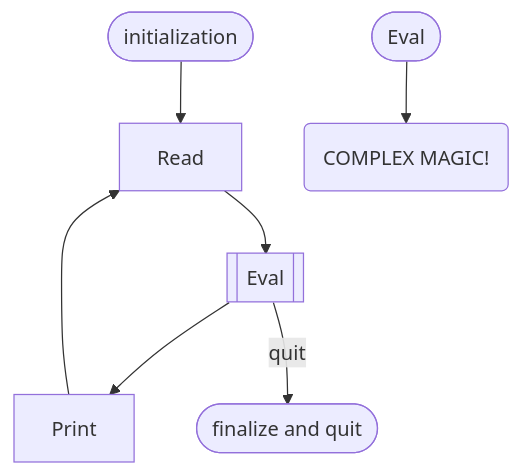
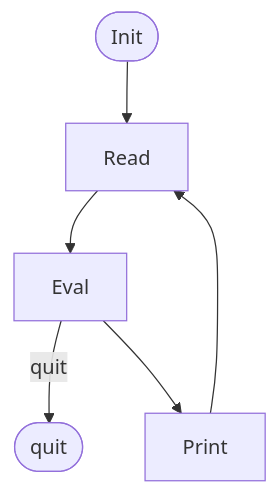
The diagram in README.md (tomooda/Micromaid), drawn with Mermaid before and after one commit. The commit also changed other lines of this file, not shown here.

````diff
--- a/README.md
+++ b/README.md
@@ -9,12 +28,11 @@
 ```mermaid
 flowchart TD
 R[Read]
-E[[Eval]]
+E[Eval]
 P[Print]
-Init([initialization])-->R
-R-->E
-E-->P
-E-->|quit|Quit([finalize and quit])
-P-->R
-EVAL([Eval])-->MAGIC(COMPLEX MAGIC!)
+A([Init]) --> R
+R -->  E
+E -->|quit| Q([quit])
+E --> P
+P --> R
 ```
````
